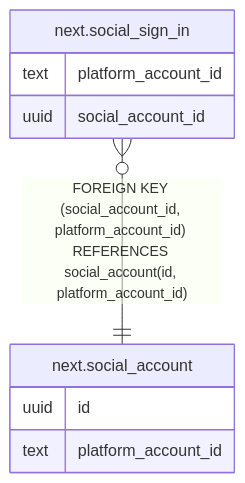
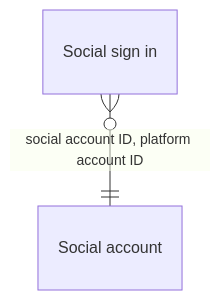
One commit to DoctorCRE/doctorcre-engine changed the diagram in docs/database/tables/viewpoint-social-accounts.md. Above: the diagram before and after it, drawn with Mermaid. The commit also changed other lines of this file and 29 other files, not shown here.

````diff
--- a/docs/database/tables/viewpoint-social-accounts.md
+++ b/docs/database/tables/viewpoint-social-accounts.md
@@ -16,14 +3,13 @@
 ```mermaid
+---
+config:
+  layout: elk
+  er:
+    nodeSpacing: 22
+    rankSpacing: 44
+---
 erDiagram
-
-"next.social_sign_in" }o--|| "next.social_account" : "FOREIGN KEY (social_account_id, platform_account_id) REFERENCES social_account(id, platform_account_id)"
-
-"next.social_account" {
-  uuid id
-  text platform_account_id
-}
-"next.social_sign_in" {
-  text platform_account_id
-  uuid social_account_id
-}
+  "Social account"
+  "Social sign in"
+  "Social sign in" }o--|| "Social account" : "social account ID, platform account ID"
 ```
````
